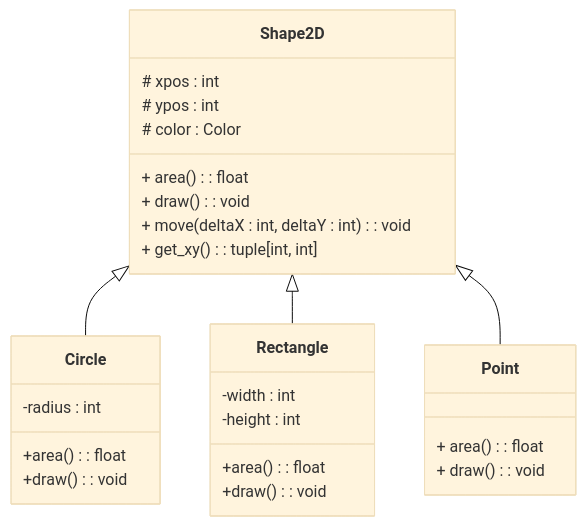
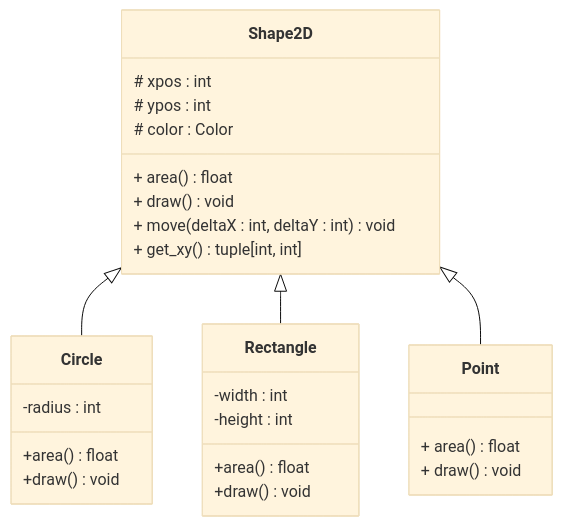
One commit to blavad/poo-python changed the first of 2 diagrams in TP4-Polymorphisme/README.md. Above: the diagram before and after it, drawn with Mermaid (base theme). The commit also changed other lines of this file and 1 other file, not shown here.

````diff
--- a/TP4-Polymorphisme/README.md
+++ b/TP4-Polymorphisme/README.md
@@ -15,37 +15,37 @@
 ```mermaid
     classDiagram
     direction TB
      class Shape2D {
         # xpos : int
         # ypos : int
         # color : Color
 
-        + area() : float
-        + draw() : void
-        + move(deltaX : int, deltaY : int) : void
-        + get_xy(): tuple[int, int]
+        + area() float
+        + draw() void
+        + move(deltaX : int, deltaY : int) void
+        + get_xy() tuple[int, int]
 
         }
 
     class Point {
-            + area() : float
-            + draw() : void
+            + area() float
+            + draw() void
     }
 
     class Circle {
     -radius : int
-    +area() : float
-    +draw() : void
+    +area() float
+    +draw() void
     }
 
     class Rectangle {
     -width : int
     -height : int
-    +area() : float
-    +draw(): void
+    +area()  float
+    +draw() void
     }
 
     Shape2D <|-- Circle
     Shape2D <|-- Rectangle
     Shape2D <|-- Point
 ```
````
